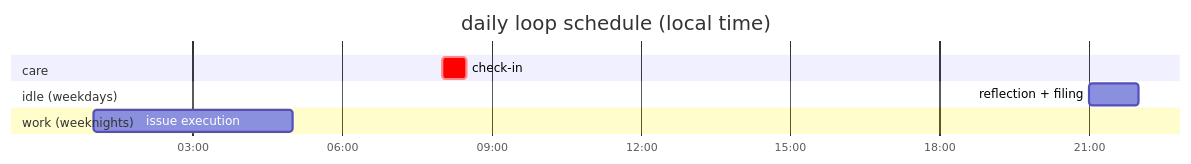
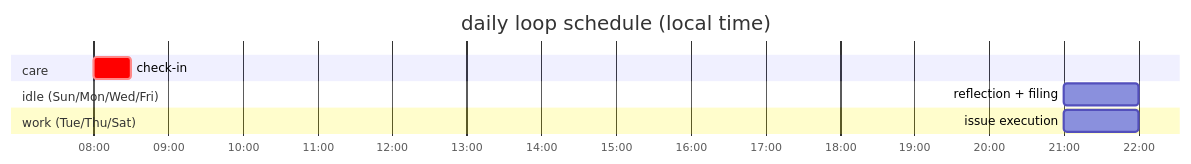
Before and after one commit to adhityaravi/maki: the fourth of 5 diagrams in README.md, drawn with Mermaid. The commit also changed other lines of this file, not shown here.

Commit message:
fix: correct loop schedules in README
Idle runs Sun/Mon/Wed/Fri at 21:00, work runs Tue/Thu/Sat at 21:00.
Both the table and the Gantt chart updated.

````diff
--- a/README.md
+++ b/README.md
@@ -203,15 +203,15 @@
 ```mermaid
 gantt
     title daily loop schedule (local time)
     dateFormat HH:mm
     axisFormat %H:%M
 
     section care
     check-in :crit, 08:00, 30m
 
-    section idle (weekdays)
+    section idle (Sun/Mon/Wed/Fri)
     reflection + filing :21:00, 1h
 
-    section work (weeknights)
-    issue execution :01:00, 4h
+    section work (Tue/Thu/Sat)
+    issue execution :21:00, 1h
 ```
````
